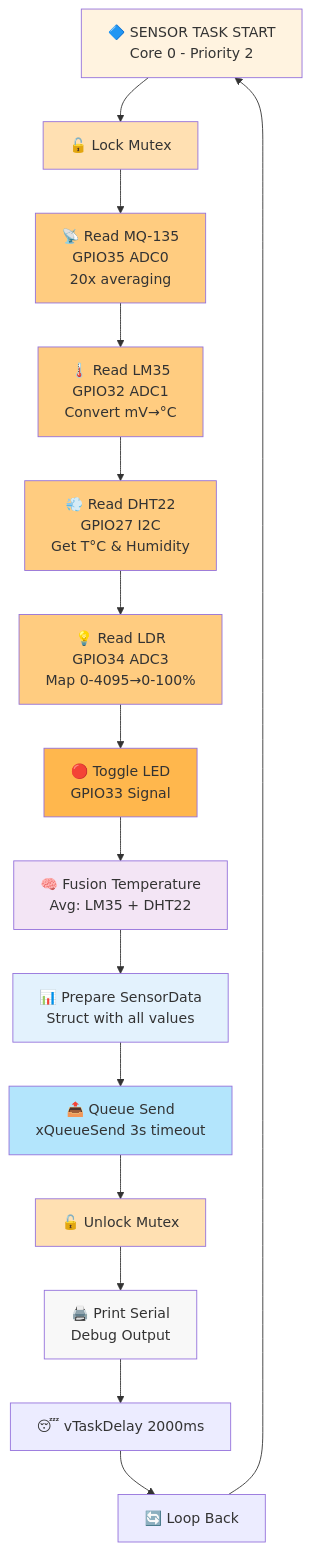
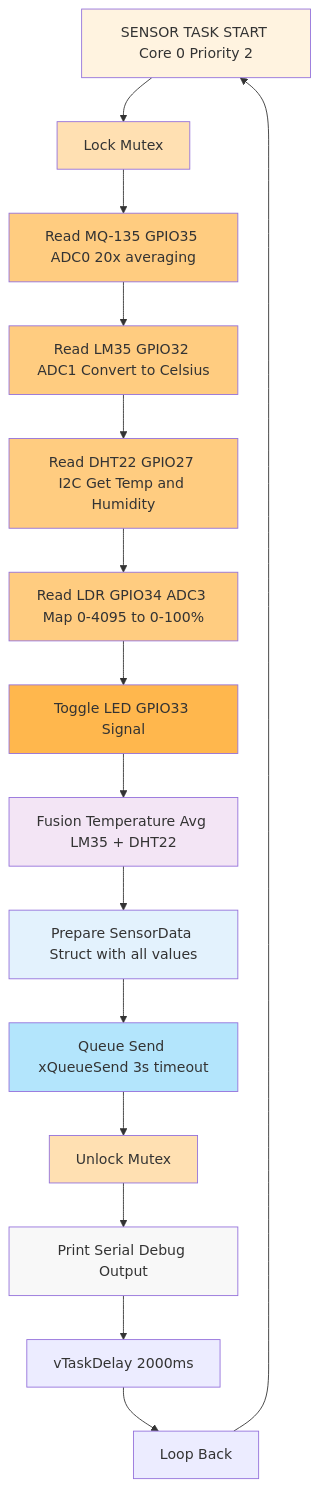
The eighth of 25 diagrams in README.md (ficrammanifur/ESP32-RTOS-Environmental-Monitor), drawn with Mermaid before and after one commit. The commit also changed other lines of this file, not shown here.

````diff
--- a/README.md
+++ b/README.md
@@ -408,30 +408,30 @@
 ```mermaid
-graph TD
-    A["🔷 SENSOR TASK START<br/>Core 0 - Priority 2"] --> B["🔓 Lock Mutex"]
-    B --> C["📡 Read MQ-135<br/>GPIO35 ADC0<br/>20x averaging"]
-    C --> D["🌡️ Read LM35<br/>GPIO32 ADC1<br/>Convert mV→°C"]
-    D --> E["💨 Read DHT22<br/>GPIO27 I2C<br/>Get T°C & Humidity"]
-    E --> F["💡 Read LDR<br/>GPIO34 ADC3<br/>Map 0-4095→0-100%"]
-    F --> G["🔴 Toggle LED<br/>GPIO33 Signal"]
-    G --> H["🧠 Fusion Temperature<br/>Avg: LM35 + DHT22"]
-    H --> I["📊 Prepare SensorData<br/>Struct with all values"]
-    I --> J["📤 Queue Send<br/>xQueueSend 3s timeout"]
-    J --> K["🔓 Unlock Mutex"]
-    K --> L["🖨️ Print Serial<br/>Debug Output"]
-    L --> M["😴 vTaskDelay 2000ms"]
-    M --> N["🔄 Loop Back"]
+flowchart TD
+    A[SENSOR TASK START Core 0 Priority 2] --> B[Lock Mutex]
+    B --> C[Read MQ-135 GPIO35 ADC0 20x averaging]
+    C --> D[Read LM35 GPIO32 ADC1 Convert to Celsius]
+    D --> E[Read DHT22 GPIO27 I2C Get Temp and Humidity]
+    E --> F[Read LDR GPIO34 ADC3 Map 0-4095 to 0-100%]
+    F --> G[Toggle LED GPIO33 Signal]
+    G --> H[Fusion Temperature Avg LM35 + DHT22]
+    H --> I[Prepare SensorData Struct with all values]
+    I --> J[Queue Send xQueueSend 3s timeout]
+    J --> K[Unlock Mutex]
+    K --> L[Print Serial Debug Output]
+    L --> M[vTaskDelay 2000ms]
+    M --> N[Loop Back]
     N --> A
     
     style A fill:#fff3e0
     style B fill:#ffe0b2
     style C fill:#ffcc80
     style D fill:#ffcc80
     style E fill:#ffcc80
     style F fill:#ffcc80
     style G fill:#ffb74d
     style H fill:#f3e5f5
     style I fill:#e3f2fd
     style J fill:#b3e5fc
     style K fill:#ffe0b2
     style L fill:#f8f8f8
 ```
````
